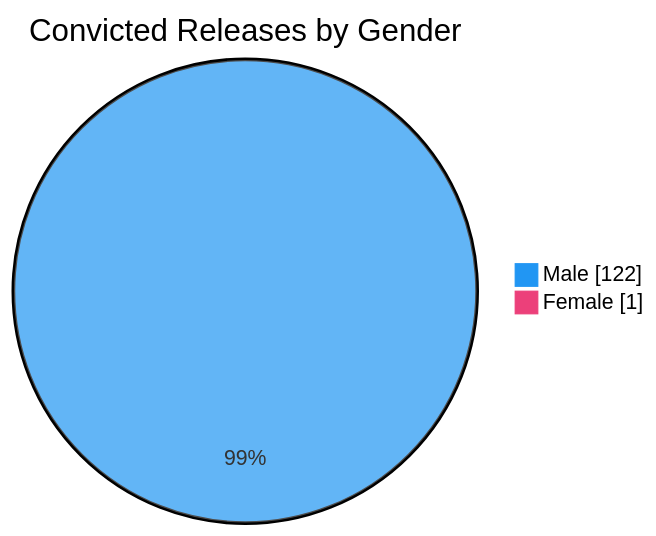
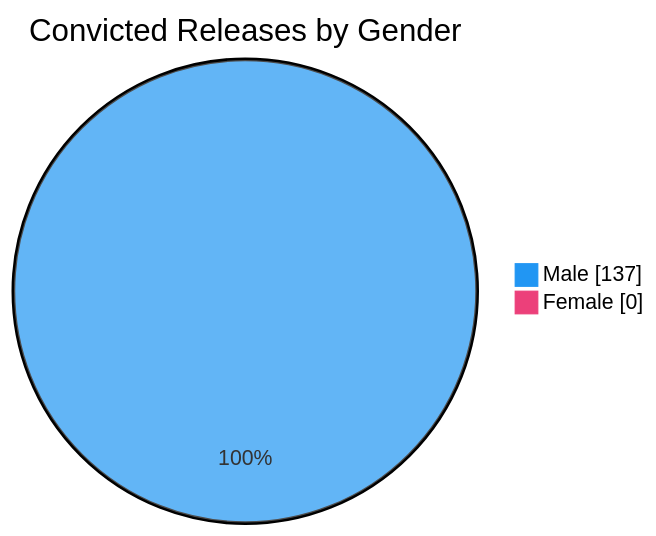
The sixth of 7 diagrams in README.md (nuuuwan/lk_prisons), drawn with Mermaid before and after one commit. The commit also changed other lines of this file and 1 other file, not shown here.

````diff
--- a/README.md
+++ b/README.md
@@ -98,6 +98,6 @@
 ```mermaid
 %%{init: {'themeVariables': {'pie1': '#2196F3', 'pie2': '#EC407A'}}}%%
 pie showData title Convicted Releases by Gender
-    "Male" : 122
-    "Female" : 1
+    "Male" : 137
+    "Female" : 0
 ```
````
